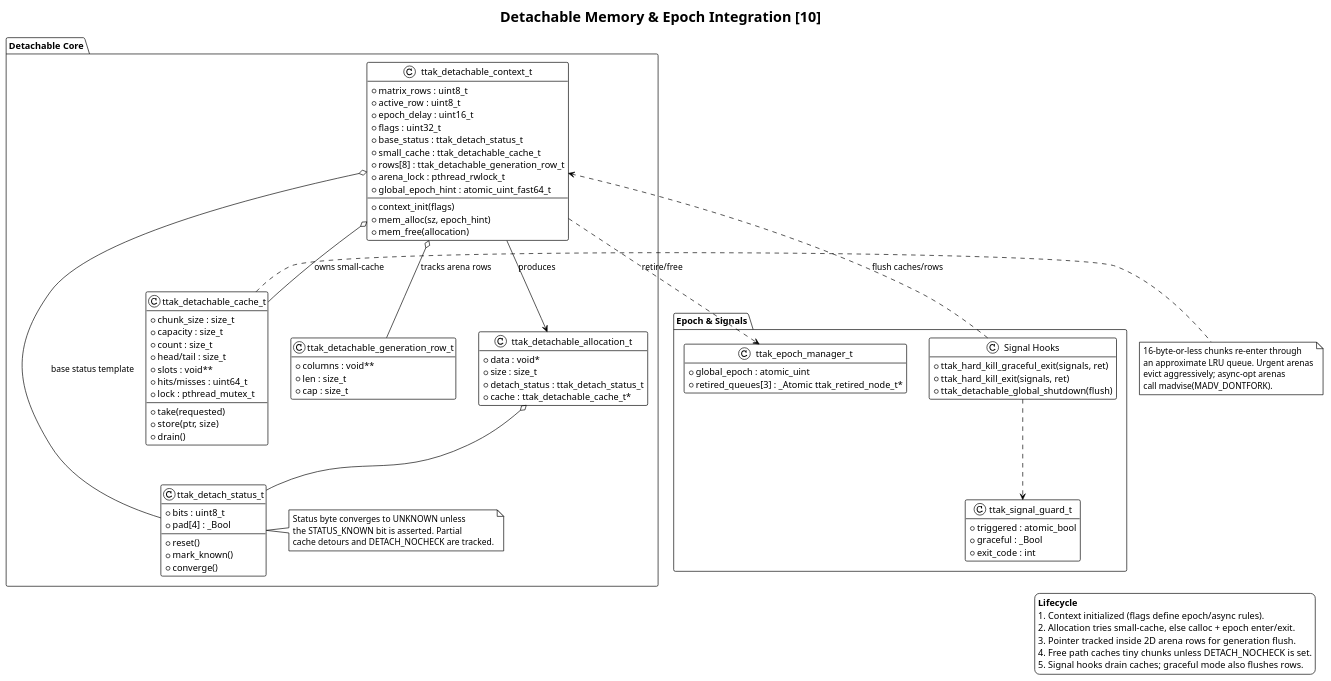
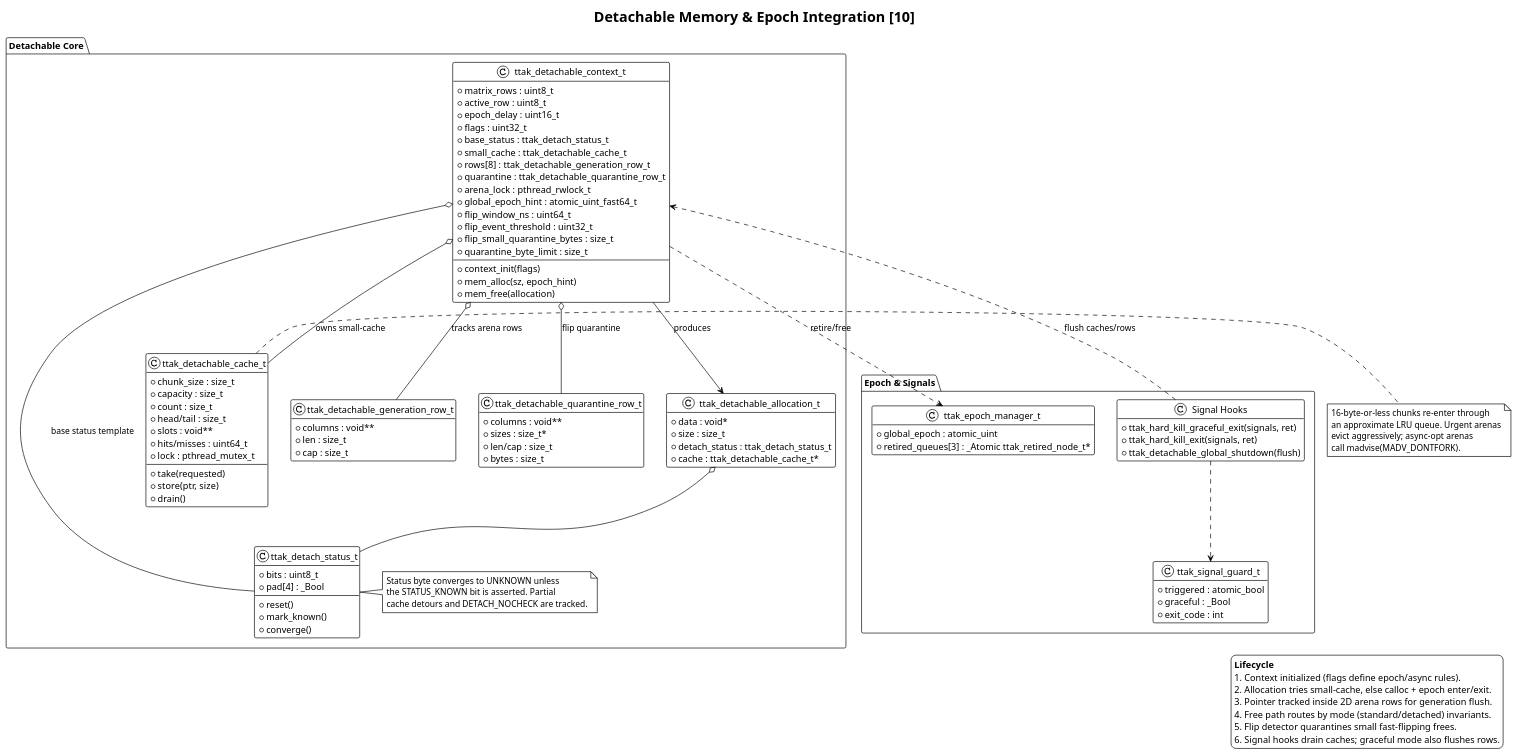
One commit to Religiya-Serdtsa/libttak changed the diagram in blueprints/resource/10_detachable_memory.puml. Above: the diagram before and after it, drawn with PlantUML. The commit also changed 8 other files, not shown here.

```diff
--- a/blueprints/resource/10_detachable_memory.puml
+++ b/blueprints/resource/10_detachable_memory.puml
@@ -1,115 +1,129 @@
 @startuml
 !theme plain
 hide empty members
 
 skinparam class {
     BackgroundColor white
     BorderColor black
 }
 
 title Detachable Memory & Epoch Integration [10]
 
 package "Detachable Core" {
 
     class ttak_detach_status_t {
         + bits : uint8_t
         + pad[4] : _Bool
         + reset()
         + mark_known()
         + converge()
     }
 
     note right of ttak_detach_status_t
         Status byte converges to UNKNOWN unless
         the STATUS_KNOWN bit is asserted. Partial
         cache detours and DETACH_NOCHECK are tracked.
     end note
 
     class ttak_detachable_cache_t {
         + chunk_size : size_t
         + capacity : size_t
         + count : size_t
         + head/tail : size_t
         + slots : void**
         + hits/misses : uint64_t
         + lock : pthread_mutex_t
         + take(requested)
         + store(ptr, size)
         + drain()
     }
 
     class ttak_detachable_generation_row_t {
         + columns : void**
         + len : size_t
         + cap : size_t
     }
 
     class ttak_detachable_context_t {
         + matrix_rows : uint8_t
         + active_row : uint8_t
         + epoch_delay : uint16_t
         + flags : uint32_t
         + base_status : ttak_detach_status_t
         + small_cache : ttak_detachable_cache_t
         + rows[8] : ttak_detachable_generation_row_t
+        + quarantine : ttak_detachable_quarantine_row_t
         + arena_lock : pthread_rwlock_t
         + global_epoch_hint : atomic_uint_fast64_t
+        + flip_window_ns : uint64_t
+        + flip_event_threshold : uint32_t
+        + flip_small_quarantine_bytes : size_t
+        + quarantine_byte_limit : size_t
         + context_init(flags)
         + mem_alloc(sz, epoch_hint)
         + mem_free(allocation)
+    }
+
+    class ttak_detachable_quarantine_row_t {
+        + columns : void**
+        + sizes : size_t*
+        + len/cap : size_t
+        + bytes : size_t
     }
 
     class ttak_detachable_allocation_t {
         + data : void*
         + size : size_t
         + detach_status : ttak_detach_status_t
         + cache : ttak_detachable_cache_t*
     }
 
     ttak_detachable_context_t o-- ttak_detachable_cache_t : "owns small-cache"
     ttak_detachable_context_t o-- ttak_detachable_generation_row_t : "tracks arena rows"
+    ttak_detachable_context_t o-- ttak_detachable_quarantine_row_t : "flip quarantine"
     ttak_detachable_context_t o-- ttak_detach_status_t : "base status template"
     ttak_detachable_context_t --> ttak_detachable_allocation_t : "produces"
     ttak_detachable_allocation_t o-- ttak_detach_status_t
 }
 
 package "Epoch & Signals" {
     class ttak_epoch_manager_t {
         + global_epoch : atomic_uint
         + retired_queues[3] : _Atomic ttak_retired_node_t*
     }
 
     class ttak_signal_guard_t {
         + triggered : atomic_bool
         + graceful : _Bool
         + exit_code : int
     }
 
     class "Signal Hooks" as Hooks {
         + ttak_hard_kill_graceful_exit(signals, ret)
         + ttak_hard_kill_exit(signals, ret)
         + ttak_detachable_global_shutdown(flush)
     }
 
     Hooks ..> ttak_signal_guard_t
     Hooks ..> ttak_detachable_context_t : "flush caches/rows"
     ttak_detachable_context_t ..> ttak_epoch_manager_t : "retire/free"
 }
 
 note right of ttak_detachable_cache_t
     16-byte-or-less chunks re-enter through
     an approximate LRU queue. Urgent arenas
     evict aggressively; async-opt arenas
     call madvise(MADV_DONTFORK).
 end note
 
 legend right
   **Lifecycle**
   1. Context initialized (flags define epoch/async rules).
   2. Allocation tries small-cache, else calloc + epoch enter/exit.
   3. Pointer tracked inside 2D arena rows for generation flush.
-  4. Free path caches tiny chunks unless DETACH_NOCHECK is set.
-  5. Signal hooks drain caches; graceful mode also flushes rows.
+  4. Free path routes by mode (standard/detached) invariants.
+  5. Flip detector quarantines small fast-flipping frees.
+  6. Signal hooks drain caches; graceful mode also flushes rows.
 endlegend
 
 @enduml
```
